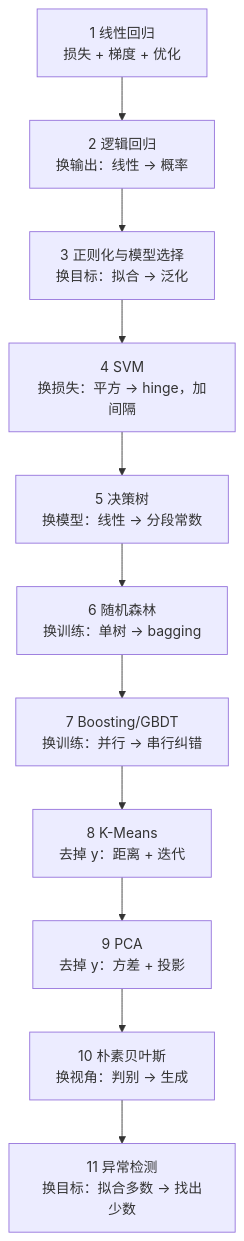
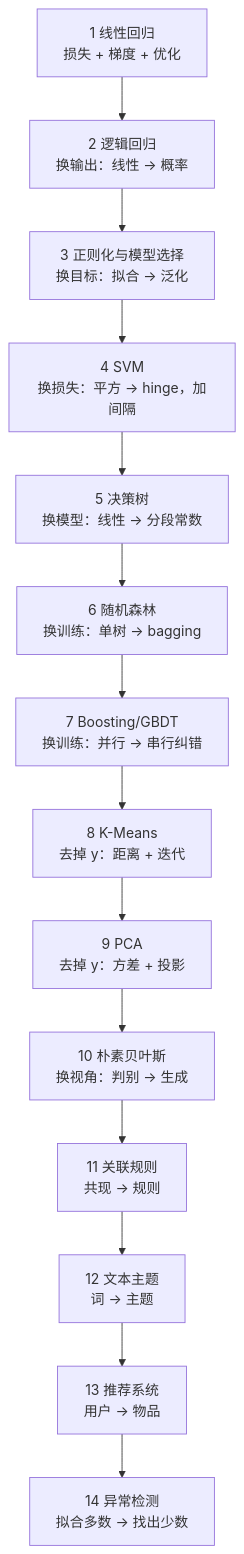
The diagram in algorithms/p02-statistical-ml/README.md (Mosslau/Mosaic), drawn with Mermaid before and after one commit. The commit also changed other lines of this file and 88 other files, not shown here.

````diff
--- a/algorithms/p02-statistical-ml/README.md
+++ b/algorithms/p02-statistical-ml/README.md
@@ -30,17 +30,20 @@
 ```mermaid
 flowchart TD
     A["1 线性回归<br/>损失 + 梯度 + 优化"]
     B["2 逻辑回归<br/>换输出：线性 → 概率"]
     C["3 正则化与模型选择<br/>换目标：拟合 → 泛化"]
     D["4 SVM<br/>换损失：平方 → hinge，加间隔"]
     E["5 决策树<br/>换模型：线性 → 分段常数"]
     F["6 随机森林<br/>换训练：单树 → bagging"]
     G["7 Boosting/GBDT<br/>换训练：并行 → 串行纠错"]
     H["8 K-Means<br/>去掉 y：距离 + 迭代"]
     I["9 PCA<br/>去掉 y：方差 + 投影"]
     J["10 朴素贝叶斯<br/>换视角：判别 → 生成"]
-    K["11 异常检测<br/>换目标：拟合多数 → 找出少数"]
+    K["11 关联规则<br/>共现 → 规则"]
+    L["12 文本主题<br/>词 → 主题"]
+    M["13 推荐系统<br/>用户 → 物品"]
+    N["14 异常检测<br/>拟合多数 → 找出少数"]
 
     A --> B --> C --> D --> E --> F --> G
-    G --> H --> I --> J --> K
+    G --> H --> I --> J --> K --> L --> M --> N
 ```
````
